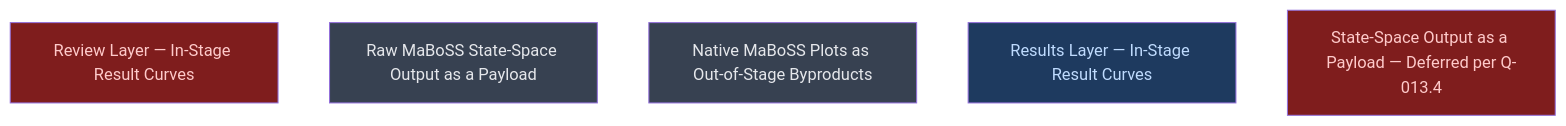
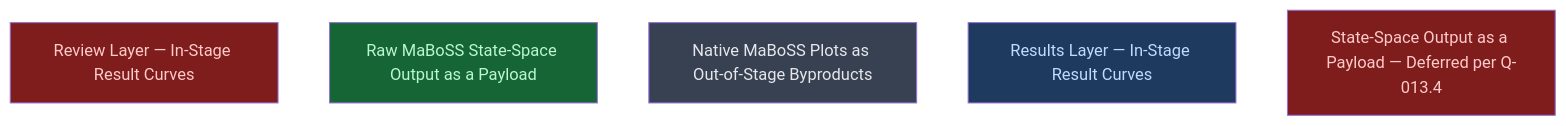
The diagram in __roadmap__/p53-mdm2-v2/p6_results_consumption/README.md (LittleCoinCoin/usd-bio), drawn with Mermaid before and after one commit. The commit also changed other lines of this file and 1 other file, not shown here.

Commit message:
chore(p53-mdm2): mark committed MaBoSS run directory done; P6 in progress

````diff
--- a/__roadmap__/p53-mdm2-v2/p6_results_consumption/README.md
+++ b/__roadmap__/p53-mdm2-v2/p6_results_consumption/README.md
@@ -38,13 +38,13 @@
 ```mermaid
 graph TD
     review_layer_plots[Review Layer — In-Stage Result Curves]:::blocked
-    raw_probtraj_payload[Raw MaBoSS State-Space Output as a Payload]:::planned
+    raw_probtraj_payload[Raw MaBoSS State-Space Output as a Payload]:::done
     native_plots[Native MaBoSS Plots as Out-of-Stage Byproducts]:::planned
     results_layer_curves[Results Layer — In-Stage Result Curves]:::amendment
     state_space_payload[State-Space Output as a Payload — Deferred per Q-013.4]:::blocked
     classDef done       fill:#166534,color:#bbf7d0
     classDef inprogress fill:#854d0e,color:#fef08a
     classDef planned    fill:#374151,color:#e5e7eb
     classDef amendment  fill:#1e3a5f,color:#bfdbfe
     classDef blocked    fill:#7f1d1d,color:#fecaca
 ```
````
